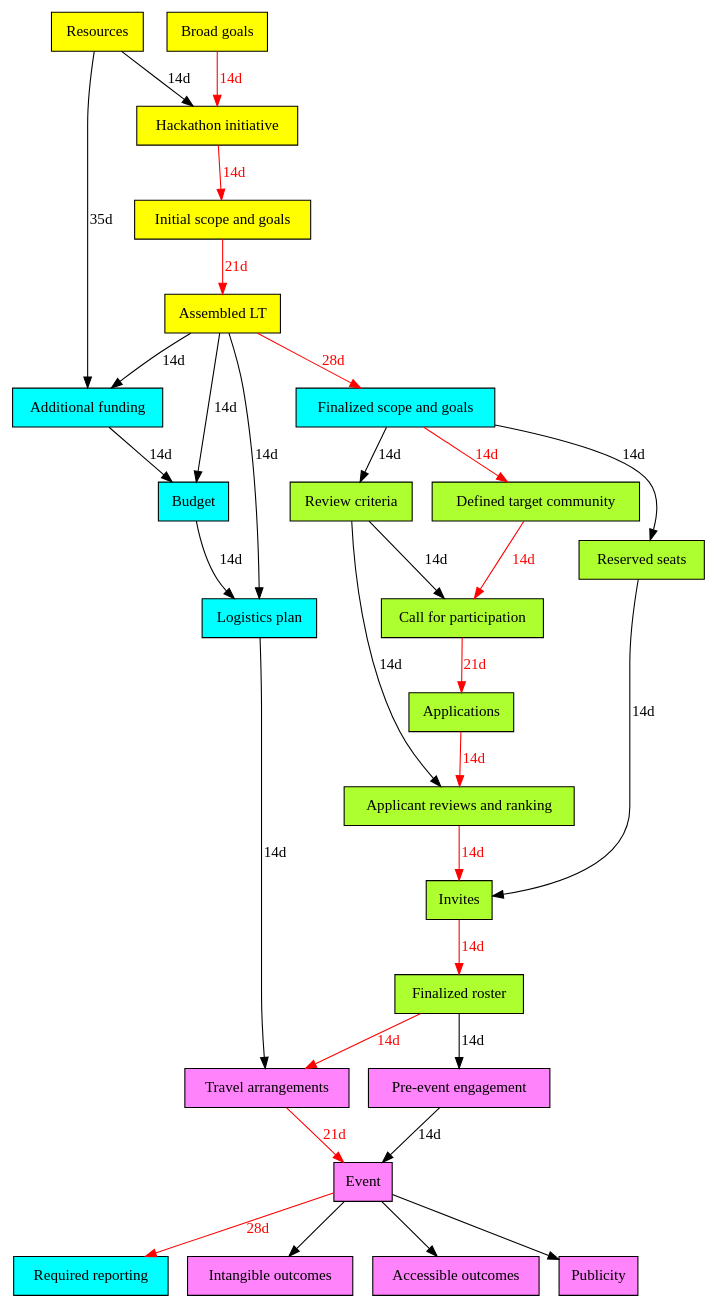
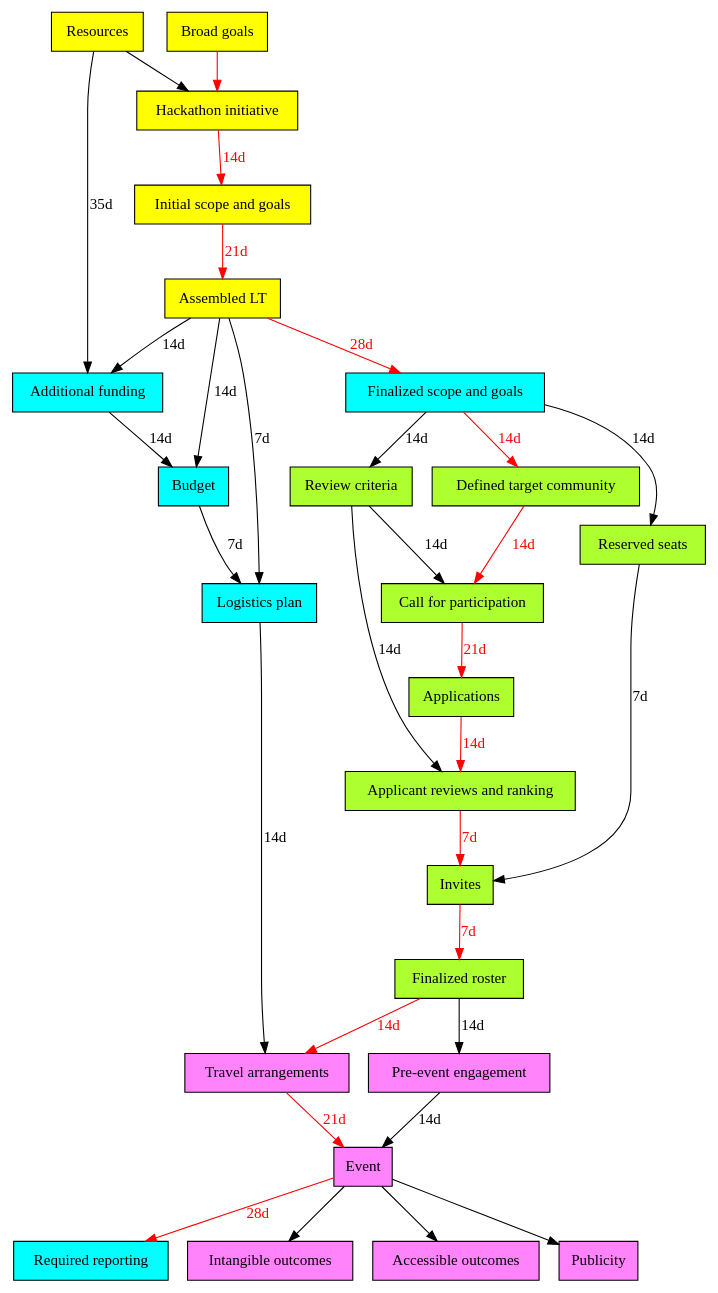
The diagram in pert_chart/pert_chart.dot (NESCent/hip_hack_howto), drawn with Graphviz before and after one commit.

Commit message:
revised time estimates

```diff
--- a/pert_chart/pert_chart.dot
+++ b/pert_chart/pert_chart.dot
@@ -1,125 +1,125 @@
 digraph pert {
 	/* This is a Program Evaluation and Review Technique (PERT chart: 
 	http://en.wikipedia.org/wiki/Program_evaluation_and_review_technique) encoded in the
 	"dot" graph drawing language. The graph can be visualized in a number of different 
 	programs, the default being GraphViz (http://www.graphviz.org/). Feel free to edit
 	this file at will. As a TO DO item it might be useful to visualize identify sets of
 	tasks and milestones that can be accomplished in parallel by team members between
 	conference calls to get an idea of the number of synchronized interactions and 
 	plenary decision points that are required.		
 	*/
 
 	node [ shape = box, style = filled, fontname = "Verdana" ];
 	edge [ fontname = "Verdana" ];
 	
 	/* The following nodes are assumed to be the responsibility
 	of the "instigators", i.e. the core team that precedes, and
 	results in, a leadership team */
 	subgraph instigators {
 		node [fillcolor = yellow];
 	
 		"Broad goals"; // e.g. the goals of a research project that provides core funding
 		"Resources"; // e.g. funding from a project under whose aegis the event is held
 		"Hackathon initiative"; // the decision taken by instigators to organize a hackathon
 		"Initial scope and goals"; // the scope and goals as perceived by the instigators
 		"Assembled LT"; // a more or less finalized Leadership Team to organize the hackathon
 	}
 	
 	/* The following nodes are assumed to be the responsibility
 	of the leadership team */
 	subgraph leadership_team {
 		node [fillcolor = cyan];
 	
 		"Finalized scope and goals"; // the overarching scope and goals as perceived by the LT
 		"Additional funding"; // any additionally acquired funding
 		"Budget"; // the budget for the hackathon, potentially covering travel, catering, accommodation and venue
-		"Logistics plan"; // planning for location, date, venue, travel, catering, accommodation
+		"Logistics plan"; // commitment to location, date, venue
 		"Required reporting"; // any reporting that is required by the funders
 	}
 	
 	/* The following nodes are concerned with the recruitment 
 	process. These are actually also the responsibility of the LT,
 	but for the team being they are marked up differently */
 	subgraph recruitment {
 		node [fillcolor = greenyellow];
 
 		"Reserved seats"; // a list of domain experts the LT want to invite
 		"Defined target community"; // a list of potential participant types
 		"Review criteria"; // set of criteria by which applicants are reviewed and ranked
 		"Call for participation"; // a widely circulated invitation to apply for participation
 		"Applications"; // a set of completed applications, e.g. forms / email responses
 		"Applicant reviews and ranking"; // reviews and ensuing ranking of applicants
 		"Invites"; // invitations to domain experts and positively reviewed applicants
 		"Finalized roster"; // the final list of participants
 	}
 	
 	/* The following nodes are the responsibility of all involved:
 	the LT and the participants */
 	subgraph everyone {
 		node [fillcolor = orchid1];
 	
 		"Pre-event engagement"; // online interactions to refine scope and goals and expectation management
 		"Travel arrangements"; // participant travel and accommodation 
 		"Event"; // the hackathon itself
 		"Intangible outcomes"; // e.g. strengthened community, knowledge transfer
 		"Accessible outcomes"; // e.g. publications, proposals, code
 		"Publicity"; // e.g. social media, newsletters, hackathon proceedings
 	}
 	
 	/* Edges are all annotated with	a naive estimate of the number of days it would
 	take to accomplish the target milestone given the successful completion of the source
 	milestone(s). Most milestones are assumed to be accomplished by an experienced
 	leadership team with past experiences and artefacts to draw from. The turnaround time
-	between many of these milestones is therefore now penciled in as two weeks (e.g. the
-	time between conference calls). Tasks that include interactions with others, such
-	as funders, inexperienced participants, travel agents and so on are assumed to take
-	longer.
+	between many of these milestones is therefore now penciled in as two weeks or less 
+	(e.g. the time between conference calls, the time to get a reply to an email). Tasks 
+	that include interactions with others, such as funders, inexperienced participants, 
+	travel agents and so on are assumed to take longer.
 	*/	
 	
 	/* The following edges are assumed to constitute the "critical 
 	path". As a TODO item, a specification of the time needed to achieve
 	each milestone in this graph would allow us to compute the actual
 	critical path and validate the following, subjective, assignments
 	to the critical path */
 	edge [color = red fontcolor = red];
 	
-	"Broad goals" -> "Hackathon initiative" [ label = "14d" ];
+	"Broad goals" -> "Hackathon initiative"; // starting condition
 	"Hackathon initiative" -> "Initial scope and goals" [ label = "14d" ];
 	"Initial scope and goals" -> "Assembled LT" [ label = "21d" ]; // multiple responses
 	"Assembled LT" -> "Finalized scope and goals" [ label = "28d" ]; // iterative debate
 	"Finalized scope and goals" -> "Defined target community" [ label = "14d" ];
 	"Defined target community" -> "Call for participation" [ label = "14d" ];
 	"Call for participation" -> "Applications" [ label = "21d" ]; // multiple responses
 	"Applications" -> "Applicant reviews and ranking" [ label = "14d" ];
-	"Applicant reviews and ranking" -> "Invites" [ label = "14d" ];
-	"Invites" -> "Finalized roster" [ label = "14d" ];
+	"Applicant reviews and ranking" -> "Invites" [ label = "7d" ];
+	"Invites" -> "Finalized roster" [ label = "7d" ];
 	"Finalized roster" -> "Travel arrangements" [ label = "14d" ];
 	"Travel arrangements" -> "Event" [ label = "21d" ]; // communicate with travel agents
 	"Event" -> "Required reporting" [ label = "28d" ]; // probably less time sensitive
 	
 	/* These edges do not belong to the critical path. This doesn't mean
 	they're somehow less important, just that they don't participate in the
 	longest dependency chain. */
 	edge [color = black fontcolor = black];
 	
-	"Resources" -> "Hackathon initiative" [ label = "14d" ];
+	"Resources" -> "Hackathon initiative"; // starting condition
 	"Resources" -> "Additional funding" [ label = "35d" ];
 	"Additional funding" -> "Budget" [ label = "14d" ];
-	"Budget" -> "Logistics plan" [ label = "14d" ];
+	"Budget" -> "Logistics plan" [ label = "7d" ];
 	"Logistics plan" -> "Travel arrangements" [ label = "14d" ];
 	"Finalized scope and goals" -> "Reserved seats" [ label = "14d" ];
 	"Finalized scope and goals" -> "Review criteria" [ label = "14d" ];
 	"Review criteria" -> "Applicant reviews and ranking" [ label = "14d" ];	
 	"Review criteria" -> "Call for participation" [ label = "14d" ];
-	"Reserved seats" -> "Invites" [ label = "14d" ];
+	"Reserved seats" -> "Invites" [ label = "7d" ];
 	"Finalized roster" -> "Pre-event engagement" [ label = "14d" ];
 	"Pre-event engagement" -> "Event" [ label = "14d" ];
 	"Assembled LT" -> "Additional funding" [ label = "14d" ];
 	"Assembled LT" -> "Budget" [ label = "14d" ];
-	"Assembled LT" -> "Logistics plan" [ label = "14d" ];
+	"Assembled LT" -> "Logistics plan" [ label = "7d" ];
 	
 	// no real deadline on the below. 
 	"Event" -> "Intangible outcomes";
 	"Event" -> "Accessible outcomes";
 	"Event" -> "Publicity";	
 }
```
